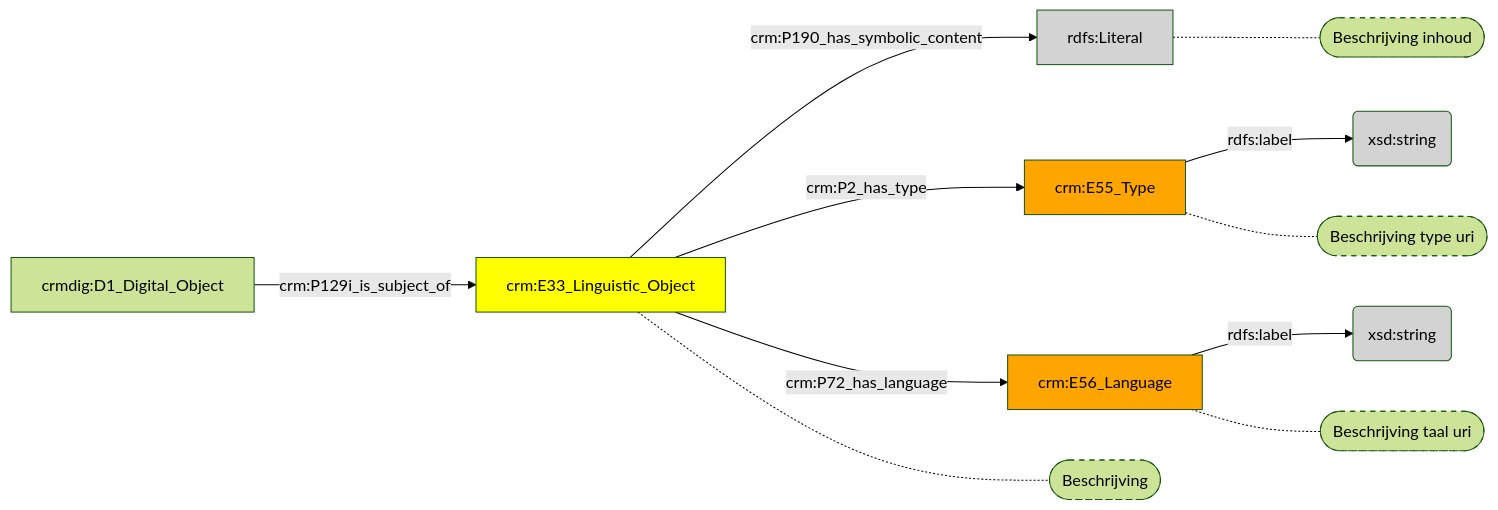
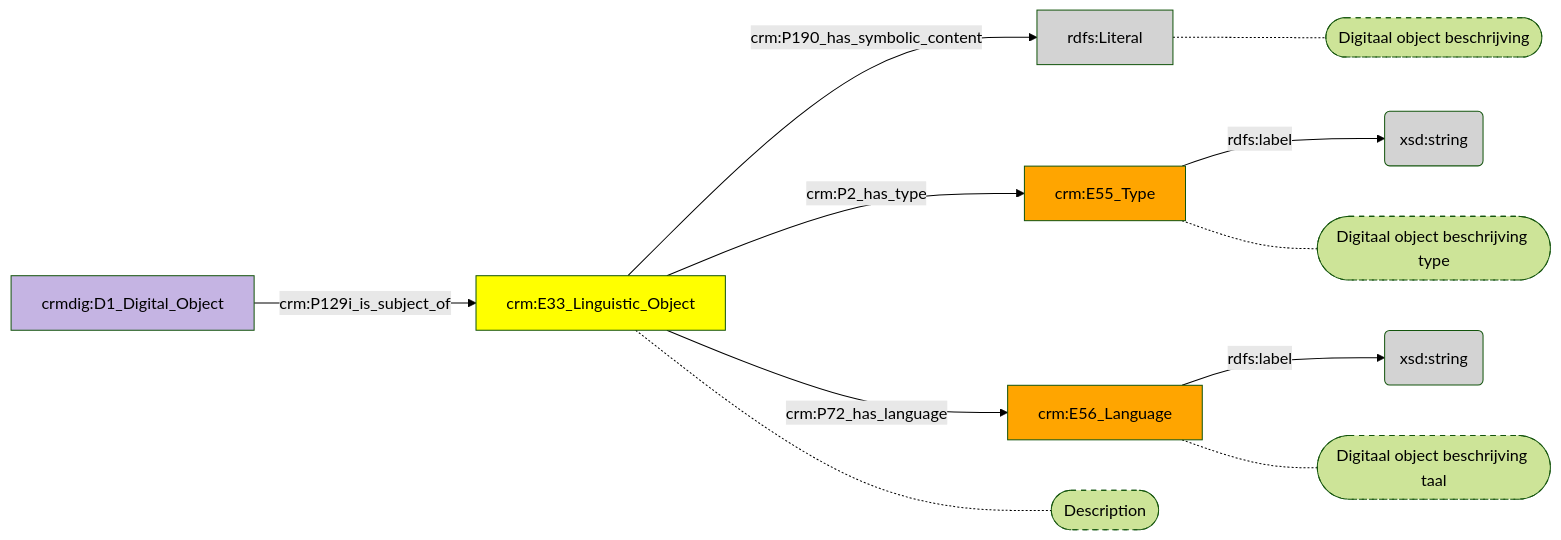
Before and after one commit to digipolisantwerpdocumentation/antwerp-cultureel-erfgoed: the diagram in docs/content/modellen/DigitalObject/Inhoud.md, drawn with Mermaid (forest theme). The commit also changed 173 other files, not shown here.

````diff
--- a/docs/content/modellen/DigitalObject/Inhoud.md
+++ b/docs/content/modellen/DigitalObject/Inhoud.md
@@ -1,23 +1,24 @@
 ```mermaid
 graph LR
 ad7fa020-04fa-11ee-9497-96a6d2455259["crm:E33_Linguistic_Object"]-->|"crm:P190_has_symbolic_content"|ad7fb5ba-04fa-11ee-9497-96a6d2455259(rdfs:Literal)
 ad7fb7ea-04fa-11ee-9497-96a6d2455259["crm:E55_Type"]-->|"rdfs:label"|ad7fb6d2-04fa-11ee-9497-96a6d2455259(xsd:string)
 ad7fb9fc-04fa-11ee-9497-96a6d2455259["crm:E56_Language"]-->|"rdfs:label"|ad7fb8ee-04fa-11ee-9497-96a6d2455259(xsd:string)
 ad7fa020-04fa-11ee-9497-96a6d2455259["crm:E33_Linguistic_Object"]-->|"crm:P2_has_type"|ad7fb7ea-04fa-11ee-9497-96a6d2455259["crm:E55_Type"]
 ad7fa020-04fa-11ee-9497-96a6d2455259["crm:E33_Linguistic_Object"]-->|"crm:P72_has_language"|ad7fb9fc-04fa-11ee-9497-96a6d2455259["crm:E56_Language"]
 ad7fb3a8-04fa-11ee-9497-96a6d2455259["crmdig:D1_Digital_Object"]-->|"crm:P129i_is_subject_of"|ad7fa020-04fa-11ee-9497-96a6d2455259["crm:E33_Linguistic_Object"]
+ad7fb5ba-04fa-11ee-9497-96a6d2455259["rdfs:Literal"]-.-ad7fb5ba-04fa-11ee-9497-96a6d2455259_s(["Digitaal object beschrijving"])
+ad7fb7ea-04fa-11ee-9497-96a6d2455259["crm:E55_Type"]-.-ad7fb7ea-04fa-11ee-9497-96a6d2455259_s(["Digitaal object beschrijving type"])
+ad7fb9fc-04fa-11ee-9497-96a6d2455259["crm:E56_Language"]-.-ad7fb9fc-04fa-11ee-9497-96a6d2455259_s(["Digitaal object beschrijving taal"])
+ad7fa020-04fa-11ee-9497-96a6d2455259["crm:E33_Linguistic_Object"]-.-ad7fa020-04fa-11ee-9497-96a6d2455259_s(["Description"])
 style ad7fb5ba-04fa-11ee-9497-96a6d2455259_s stroke-dasharray: 5
 style ad7fb7ea-04fa-11ee-9497-96a6d2455259_s stroke-dasharray: 5
 style ad7fb9fc-04fa-11ee-9497-96a6d2455259_s stroke-dasharray: 5
 style ad7fa020-04fa-11ee-9497-96a6d2455259_s stroke-dasharray: 5
-ad7fb5ba-04fa-11ee-9497-96a6d2455259["rdfs:Literal"]-.-ad7fb5ba-04fa-11ee-9497-96a6d2455259_s(["Beschrijving inhoud"])
-ad7fb7ea-04fa-11ee-9497-96a6d2455259["crm:E55_Type"]-.-ad7fb7ea-04fa-11ee-9497-96a6d2455259_s(["Beschrijving type uri"])
-ad7fb9fc-04fa-11ee-9497-96a6d2455259["crm:E56_Language"]-.-ad7fb9fc-04fa-11ee-9497-96a6d2455259_s(["Beschrijving taal uri"])
-ad7fa020-04fa-11ee-9497-96a6d2455259["crm:E33_Linguistic_Object"]-.-ad7fa020-04fa-11ee-9497-96a6d2455259_s(["Beschrijving"])
 style ad7fa020-04fa-11ee-9497-96a6d2455259 fill:#ffff00
+style ad7fb3a8-04fa-11ee-9497-96a6d2455259 fill:#C5B4E3
 style ad7fb5ba-04fa-11ee-9497-96a6d2455259 fill:#D3D3D3
 style ad7fb6d2-04fa-11ee-9497-96a6d2455259 fill:#D3D3D3
 style ad7fb7ea-04fa-11ee-9497-96a6d2455259 fill:#ffa500
 style ad7fb8ee-04fa-11ee-9497-96a6d2455259 fill:#D3D3D3
 style ad7fb9fc-04fa-11ee-9497-96a6d2455259 fill:#ffa500
 ```
````
